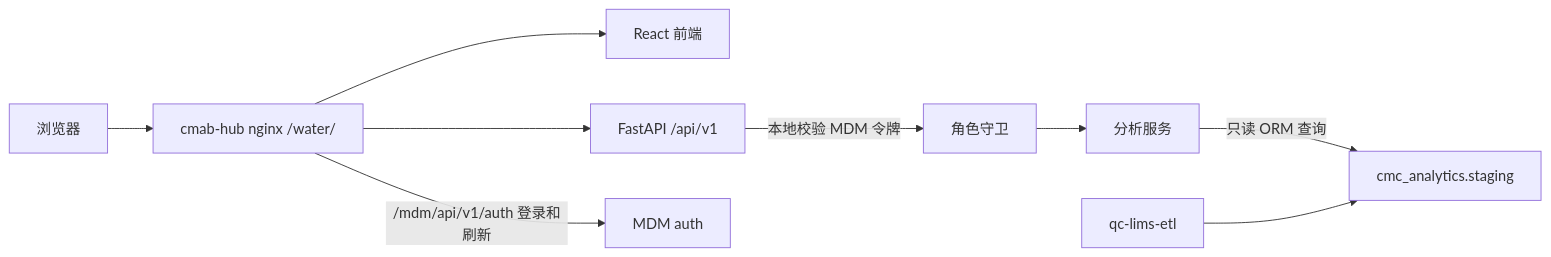
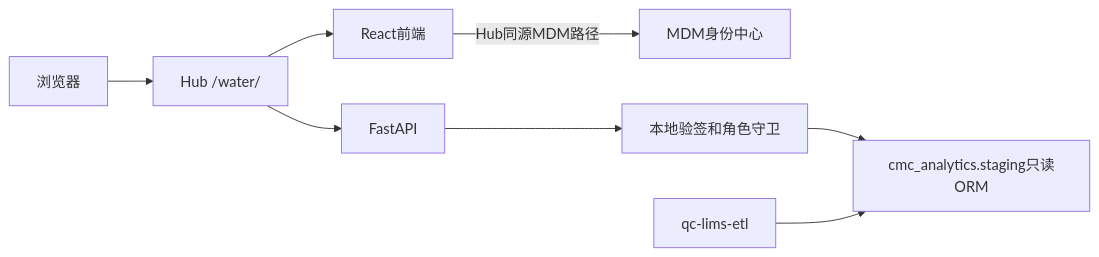
Before and after one commit to OpenLimsAI/cmc-platform: the diagram in docs/05-architecture-data-model.md, drawn with Mermaid. The commit also changed other lines of this file and 30 other files, not shown here.

````diff
--- a/docs/05-architecture-data-model.md
+++ b/docs/05-architecture-data-model.md
@@ -7,11 +11,10 @@
 ```mermaid
 flowchart LR
-  U[浏览器] --> H[cmab-hub nginx /water/]
-  H --> F[React 前端]
-  H --> B[FastAPI /api/v1]
-  H -->|/mdm/api/v1/auth 登录和刷新| M[MDM auth]
-  B -->|本地校验 MDM 令牌| A[角色守卫]
-  A --> S[分析服务]
-  S -->|只读 ORM 查询| D[cmc_analytics.staging]
+  U[浏览器] --> H[Hub /water/]
+  H --> F[React前端]
+  H --> B[FastAPI]
+  F -->|Hub同源MDM路径| M[MDM身份中心]
+  B --> A[本地验签和角色守卫]
+  A --> D[cmc_analytics.staging只读ORM]
   E[qc-lims-etl] --> D
 ```
````
